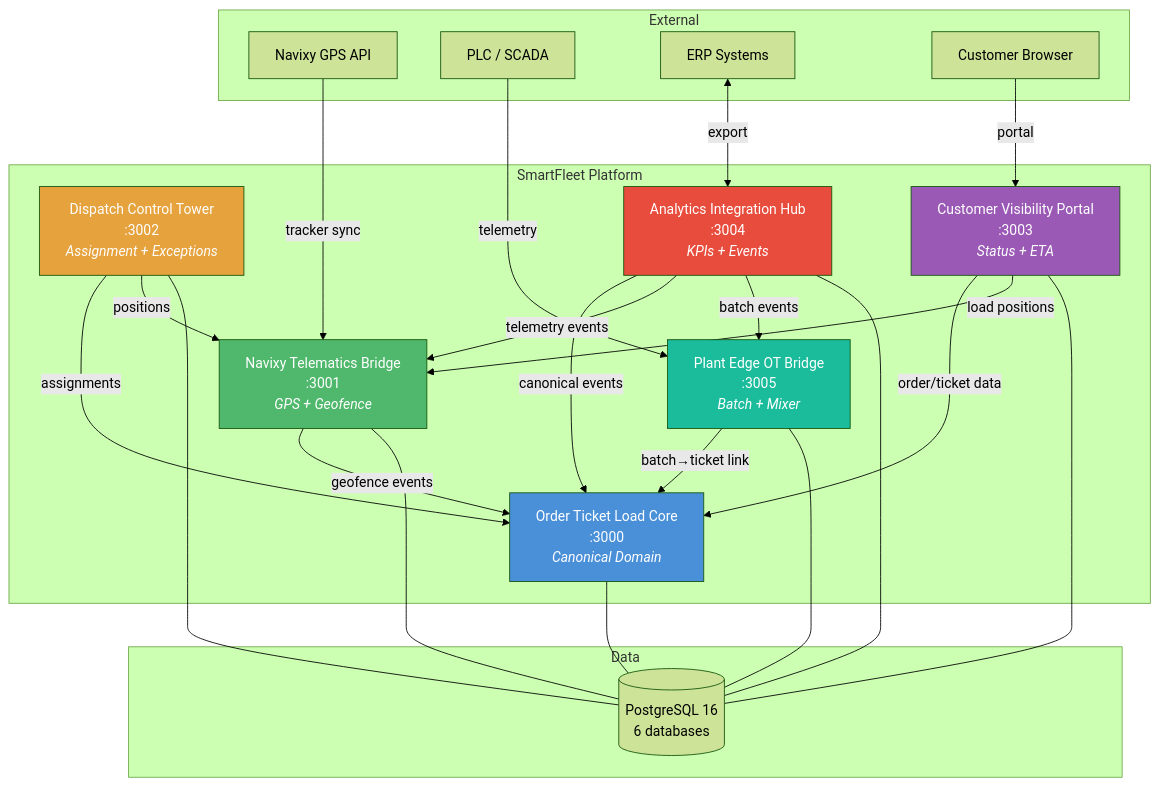
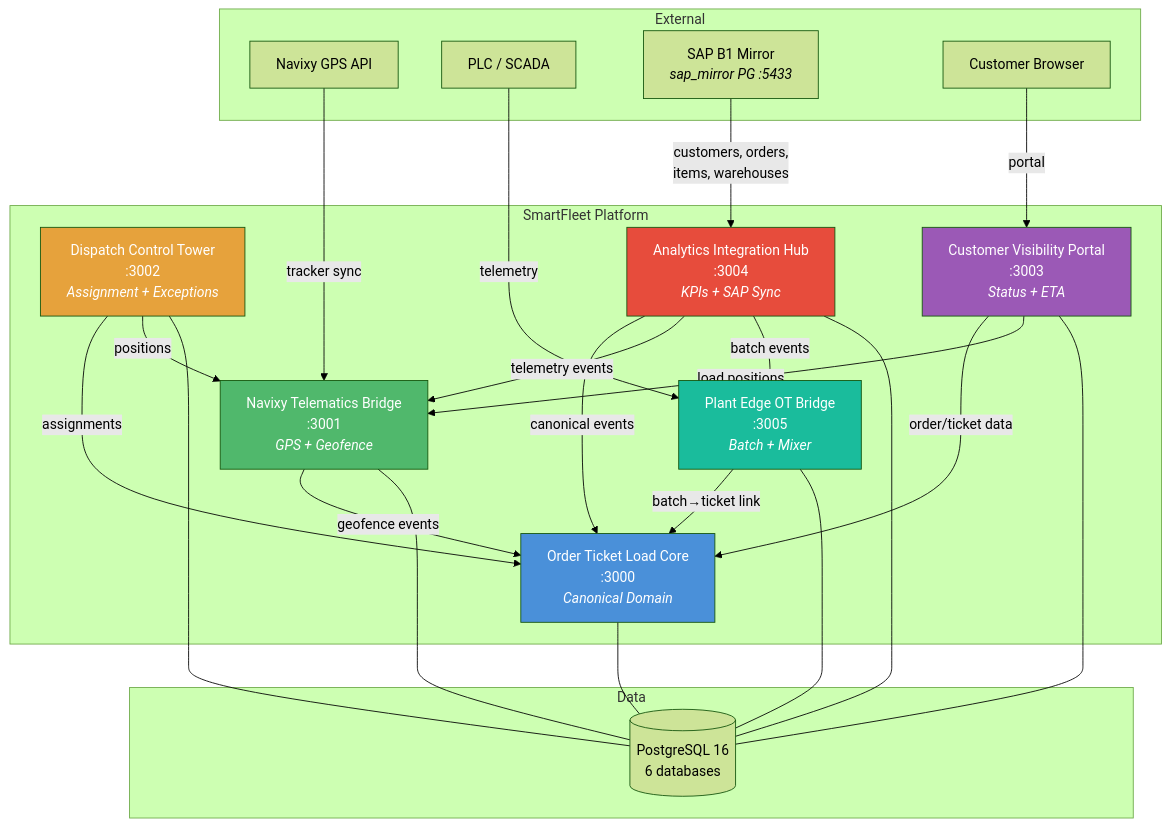
Before and after one commit to DonTicapo/smartfleet-dispatch-portfolio: the diagram in README.md, drawn with Mermaid (forest theme). The commit also changed other lines of this file and 4 other files, not shown here.

First line of the commit message:
Update README and landing page with SAP B1 integration

````diff
--- a/README.md
+++ b/README.md
@@ -18,51 +18,51 @@
 ```mermaid
 graph TB
     subgraph External
         NAV[Navixy GPS API]
         PLC[PLC / SCADA]
-        ERP[ERP Systems]
+        SAP[SAP B1 Mirror<br/><i>sap_mirror PG :5433</i>]
         CUS[Customer Browser]
     end
 
     subgraph SmartFleet Platform
         OTL[Order Ticket Load Core<br/>:3000<br/><i>Canonical Domain</i>]
         NTB[Navixy Telematics Bridge<br/>:3001<br/><i>GPS + Geofence</i>]
         DCT[Dispatch Control Tower<br/>:3002<br/><i>Assignment + Exceptions</i>]
         CVP[Customer Visibility Portal<br/>:3003<br/><i>Status + ETA</i>]
-        AIH[Analytics Integration Hub<br/>:3004<br/><i>KPIs + Events</i>]
+        AIH[Analytics Integration Hub<br/>:3004<br/><i>KPIs + SAP Sync</i>]
         PEOB[Plant Edge OT Bridge<br/>:3005<br/><i>Batch + Mixer</i>]
     end
 
     subgraph Data
         PG[(PostgreSQL 16<br/>6 databases)]
     end
 
     NAV -->|tracker sync| NTB
     PLC -->|telemetry| PEOB
     CUS -->|portal| CVP
-    ERP <-->|export| AIH
+    SAP -->|customers, orders,<br/>items, warehouses| AIH
 
     NTB -->|geofence events| OTL
     DCT -->|assignments| OTL
     DCT -->|positions| NTB
     CVP -->|order/ticket data| OTL
     CVP -->|load positions| NTB
     AIH -->|canonical events| OTL
     AIH -->|telemetry events| NTB
     AIH -->|batch events| PEOB
     PEOB -->|batch→ticket link| OTL
 
     OTL --- PG
     NTB --- PG
     DCT --- PG
     CVP --- PG
     AIH --- PG
     PEOB --- PG
 
     style OTL fill:#4a90d9,color:#fff
     style NTB fill:#50b86c,color:#fff
     style DCT fill:#e6a23c,color:#fff
     style CVP fill:#9b59b6,color:#fff
     style AIH fill:#e74c3c,color:#fff
     style PEOB fill:#1abc9c,color:#fff
 ```
````
